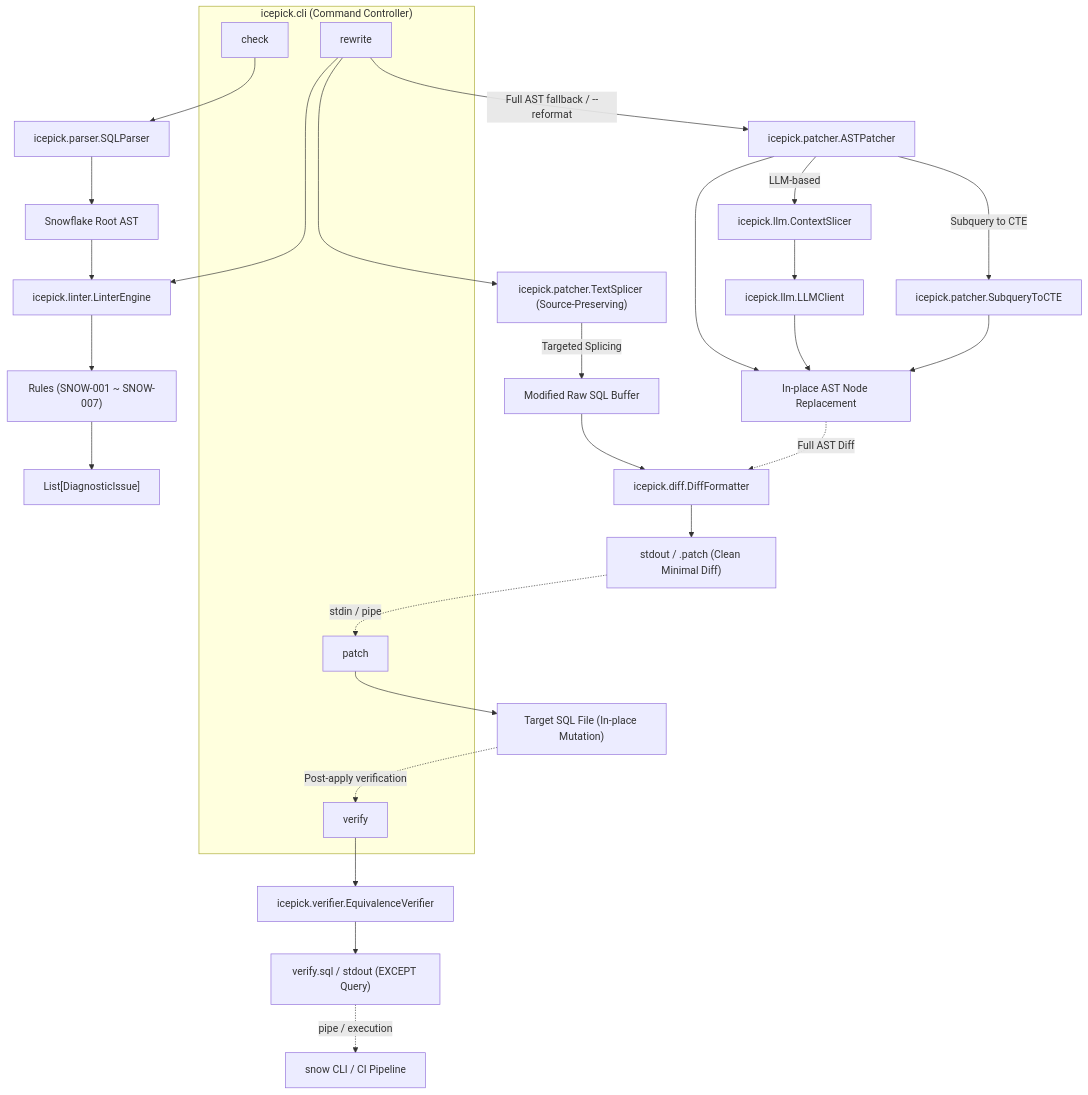
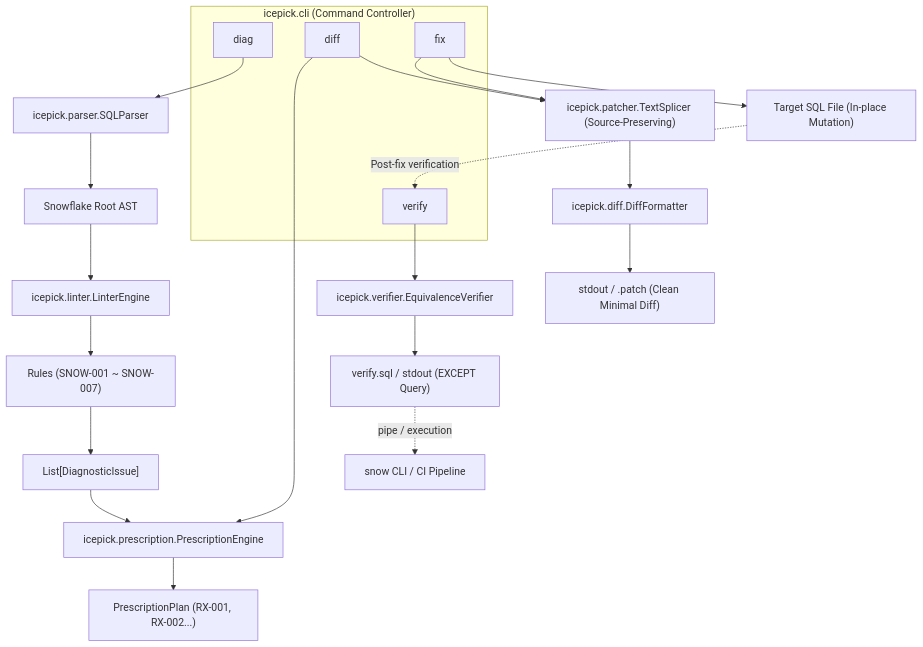
One commit to snaga/icepick changed the first of 3 diagrams in doc/design.md. Above: the diagram before and after it, drawn with Mermaid. The commit also changed other lines of this file and 3 other files, not shown here.

````diff
--- a/doc/design.md
+++ b/doc/design.md
@@ -68,37 +66,30 @@
 ```mermaid
 flowchart TD
     subgraph CLI ["icepick.cli (Command Controller)"]
-        CmdCheck["check"]
-        CmdRewrite["rewrite"]
-        CmdPatch["patch"]
+        CmdDiag["diag"]
+        CmdDiff["diff"]
+        CmdFix["fix"]
         CmdVerify["verify"]
     end
 
-    CmdCheck --> Parser["icepick.parser.SQLParser"]
+    CmdDiag --> Parser["icepick.parser.SQLParser"]
     Parser --> AST["Snowflake Root AST"]
     AST --> Linter["icepick.linter.LinterEngine"]
     Linter --> Rules["Rules (SNOW-001 ~ SNOW-007)"]
     Rules --> Issues["List[DiagnosticIssue]"]
+    Issues --> RxEngine["icepick.prescription.PrescriptionEngine"]
+    RxEngine --> Plan["PrescriptionPlan (RX-001, RX-002...)"]
 
-    CmdRewrite --> Linter
-    CmdRewrite --> Splicer["icepick.patcher.TextSplicer (Source-Preserving)"]
-    Splicer -->|Targeted Splicing| RawOpt["Modified Raw SQL Buffer"]
-    CmdRewrite -->|Full AST fallback / --reformat| Patcher["icepick.patcher.ASTPatcher"]
-    Patcher --> InPlace["In-place AST Node Replacement"]
-    Patcher -->|LLM-based| ContextSlicer["icepick.llm.ContextSlicer"]
-    ContextSlicer --> LLMClient["icepick.llm.LLMClient"]
-    LLMClient --> InPlace
-    Patcher -->|Subquery to CTE| CTEExt["icepick.patcher.SubqueryToCTE"]
-    CTEExt --> InPlace
-    RawOpt --> Diff["icepick.diff.DiffFormatter"]
-    InPlace -.->|Full AST Diff| Diff
+    CmdDiff --> RxEngine
+    CmdDiff --> Splicer["icepick.patcher.TextSplicer (Source-Preserving)"]
+    Splicer --> Diff["icepick.diff.DiffFormatter"]
     Diff --> Stdout["stdout / .patch (Clean Minimal Diff)"]
 
-    Stdout -.->|stdin / pipe| CmdPatch
-    CmdPatch --> TargetFile["Target SQL File (In-place Mutation)"]
+    CmdFix --> Splicer
+    CmdFix --> TargetFile["Target SQL File (In-place Mutation)"]
 
     CmdVerify --> Verifier["icepick.verifier.EquivalenceVerifier"]
-    TargetFile -.->|Post-apply verification| CmdVerify
+    TargetFile -.->|Post-fix verification| CmdVerify
     Verifier --> VerifySQL["verify.sql / stdout (EXCEPT Query)"]
     VerifySQL -.->|pipe / execution| SnowCLI["snow CLI / CI Pipeline"]
 ```
````
